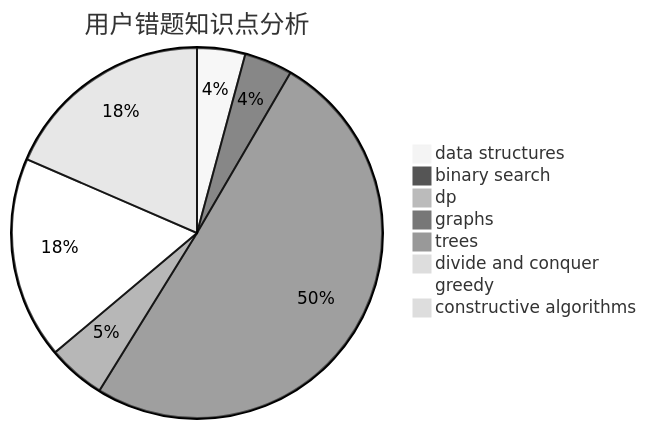
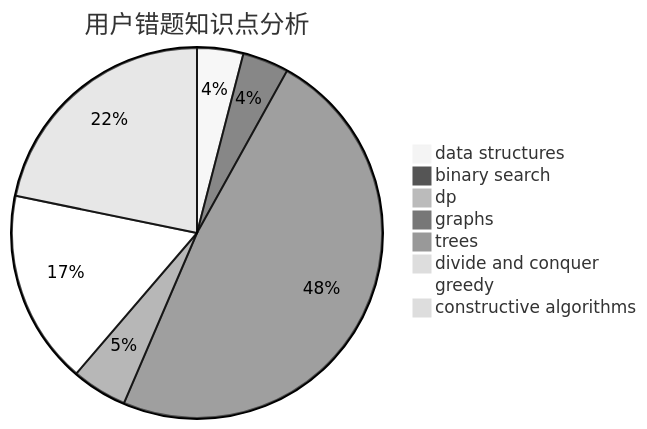
One commit to sherpahu/cfrs.github.io changed the third of 3 diagrams in docs/user/u262.md. Above: the diagram before and after it, drawn with Mermaid (neutral theme). The commit also changed other lines of this file and 2770 other files, not shown here.

````diff
--- a/docs/user/u262.md
+++ b/docs/user/u262.md
@@ -36,11 +36,11 @@
 ```mermaid
 pie title 用户错题知识点分析
     "data structures" :  5
     "binary search" :  5
     "dp" :  0
     "graphs" :  60
     "trees" :  6
     "divide and conquer" :  0
     "greedy" :  21
-    "constructive algorithms" :  22
+    "constructive algorithms" :  27
 ```
````
